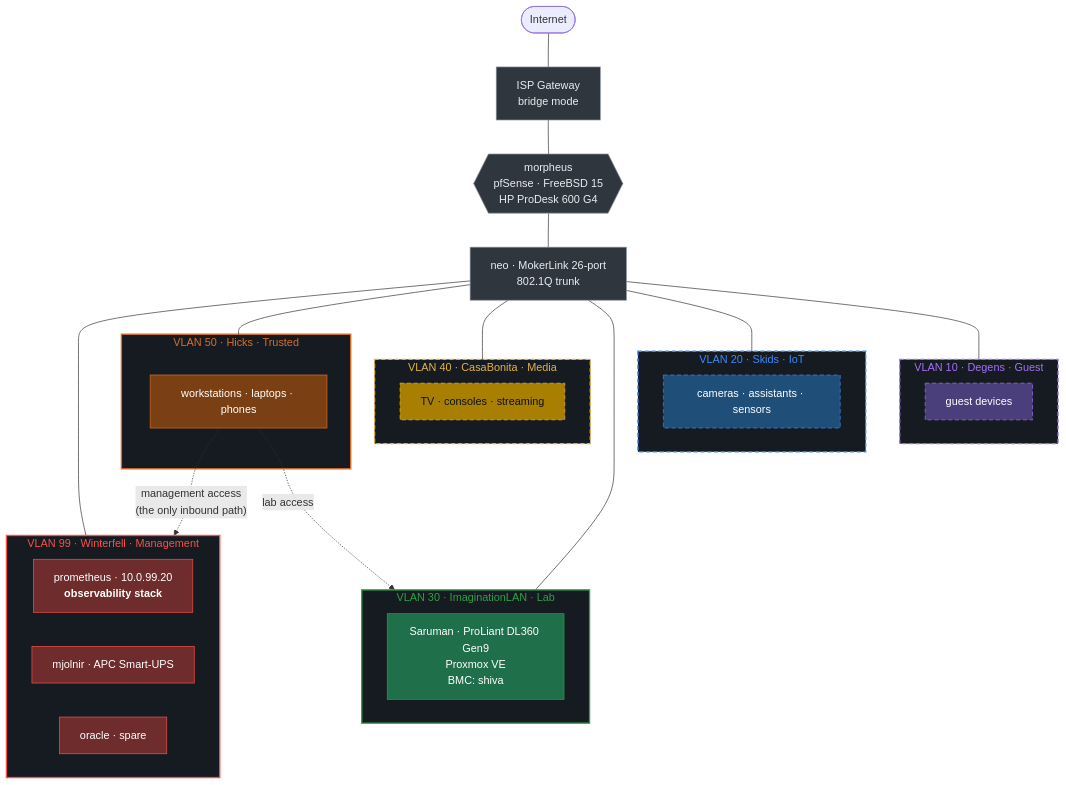
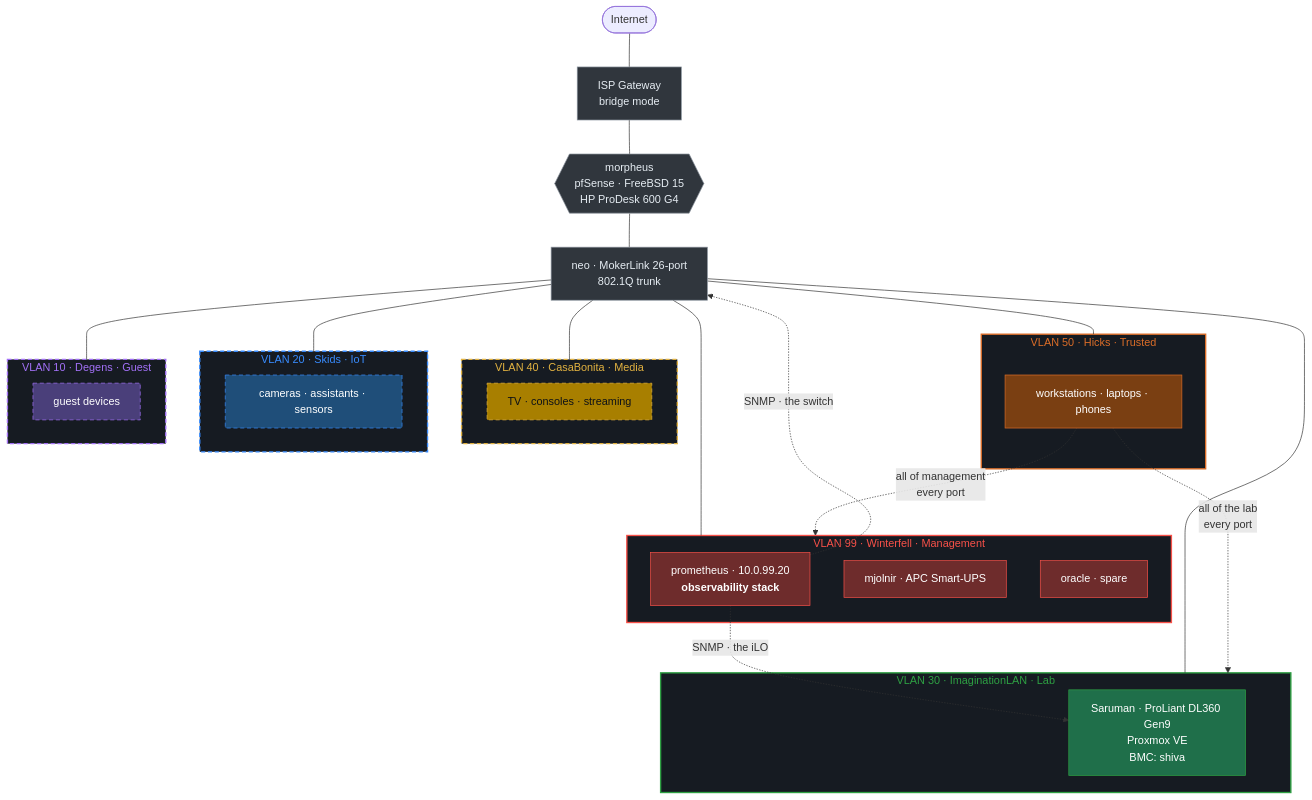
One commit to Gerrrt/HomeLab changed the first of 2 diagrams in docs/architecture.md. Above: the diagram before and after it, drawn with Mermaid. The commit also changed other lines of this file, not shown here.

First line of the commit message:
docs(architecture): drop the two-rule claim ADR-0013 retired

````diff
--- a/docs/architecture.md
+++ b/docs/architecture.md
@@ -8,76 +11,78 @@
 ```mermaid
 graph TB
     INET([Internet])
     GW[ISP Gateway<br/>bridge mode]
     FW{{"morpheus<br/>pfSense · FreeBSD 15<br/>HP ProDesk 600 G4"}}
     SW[neo · MokerLink 26-port<br/>802.1Q trunk]
 
     INET --- GW --- FW --- SW
 
     subgraph V99["VLAN 99 · Winterfell · Management"]
         MON["prometheus · 10.0.99.20<br/><b>observability stack</b>"]
         UPS["mjolnir · APC Smart-UPS"]
         SPARE["oracle · spare"]
     end
 
     subgraph V50["VLAN 50 · Hicks · Trusted"]
         WS["workstations · laptops · phones"]
     end
 
     subgraph V40["VLAN 40 · CasaBonita · Media"]
         TV["TV · consoles · streaming"]
     end
 
     subgraph V30["VLAN 30 · ImaginationLAN · Lab"]
         HV["Saruman · ProLiant DL360 Gen9<br/>Proxmox VE<br/>BMC: shiva"]
     end
 
     subgraph V20["VLAN 20 · Skids · IoT"]
         IOT["cameras · assistants · sensors"]
     end
 
     subgraph V10["VLAN 10 · Degens · Guest"]
         GUEST["guest devices"]
     end
 
     SW --- V99
     SW --- V50
     SW --- V40
     SW --- V30
     SW --- V20
     SW --- V10
 
-    WS -.->|"management access<br/>(the only inbound path)"| V99
-    WS -.->|lab access| V30
+    WS -.->|"all of management<br/>every port"| V99
+    WS -.->|"all of the lab<br/>every port"| V30
+    MON -.->|"SNMP · the iLO"| HV
+    MON -.->|"SNMP · the switch"| SW
 
     %% Fill is the patch-cable colour in the rack — see network.md, ADR-0009.
     %% A dashed border marks a terminal segment: traffic goes out, nothing
     %% comes back in. Grey is not a segment; it carries every VLAN.
     %% stroke-dasharray must be last on its line and space-separated — a comma
     %% is the property delimiter and would truncate the value.
     classDef vlan99 fill:#6e2c2c,stroke:#f85149,color:#fff
     classDef vlan50 fill:#7a3f12,stroke:#db6d28,color:#fff
     classDef vlan30 fill:#1f6f4a,stroke:#2ea043,color:#fff
     classDef infra  fill:#30363d,stroke:#8b949e,color:#e6edf3
     classDef vlan40 fill:#a87f00,stroke:#e3b341,color:#0d1117,stroke-dasharray: 6 4
     classDef vlan20 fill:#1f4e79,stroke:#388bfd,color:#fff,stroke-dasharray: 6 4
     classDef vlan10 fill:#4a3f7a,stroke:#a371f7,color:#fff,stroke-dasharray: 6 4
 
     class MON,UPS,SPARE vlan99
     class WS vlan50
     class HV vlan30
     class TV vlan40
     class IOT vlan20
     class GUEST vlan10
     class GW,FW,SW infra
 
     %% classDef is unreliable on subgraphs (mermaid-js/mermaid#1726), so the
     %% clusters are styled explicitly and the dash is applied to their inner
     %% nodes as well — the cue survives either way.
     style V99 fill:#161b22,stroke:#f85149,stroke-width:2px,color:#f85149
     style V50 fill:#161b22,stroke:#db6d28,stroke-width:2px,color:#db6d28
     style V30 fill:#161b22,stroke:#2ea043,stroke-width:2px,color:#2ea043
     style V40 fill:#161b22,stroke:#e3b341,stroke-width:2px,color:#e3b341,stroke-dasharray: 6 4
     style V20 fill:#161b22,stroke:#388bfd,stroke-width:2px,color:#388bfd,stroke-dasharray: 6 4
     style V10 fill:#161b22,stroke:#a371f7,stroke-width:2px,color:#a371f7,stroke-dasharray: 6 4
 ```
````
